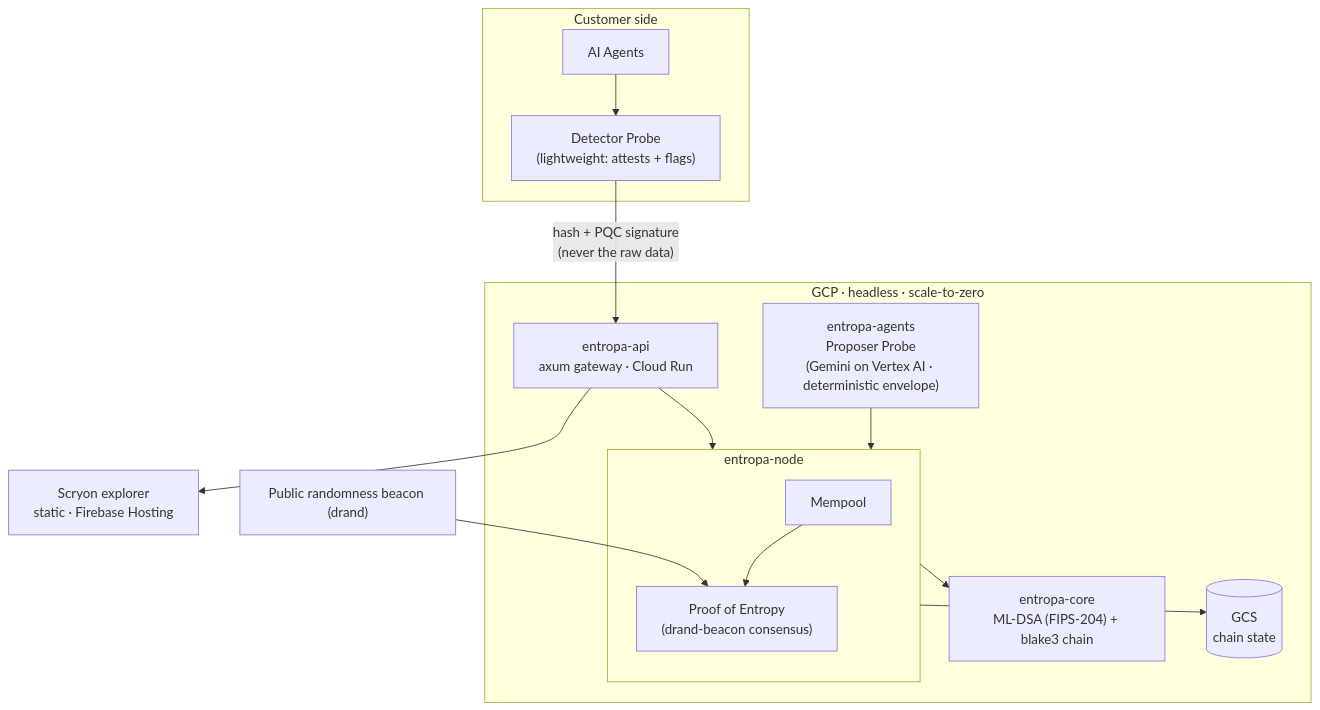
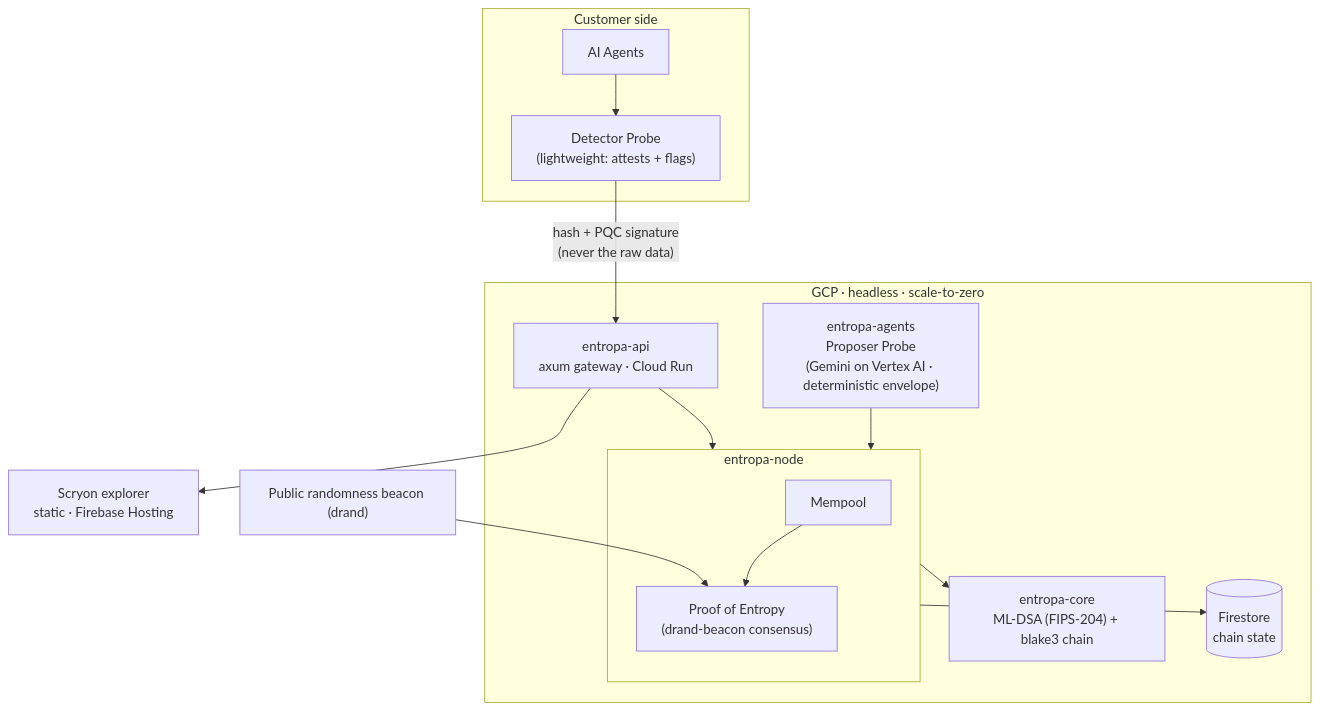
One commit to aimozart/entropa-public changed the first of 2 diagrams in ARCHITECTURE.md. Above: the diagram before and after it, drawn with Mermaid. The commit also changed other lines of this file and 3 other files, not shown here.

First line of the commit message:
Move persistence from single GCS blob to Firestore

````diff
--- a/ARCHITECTURE.md
+++ b/ARCHITECTURE.md
@@ -8,26 +8,26 @@
 ```mermaid
 flowchart TB
   subgraph Customer["Customer side"]
     Agents["AI Agents"] --> Detector["Detector Probe<br/>(lightweight: attests + flags)"]
   end
 
   Detector -->|"hash + PQC signature<br/>(never the raw data)"| API
 
   subgraph GCP["GCP · headless · scale-to-zero"]
     API["entropa-api<br/>axum gateway · Cloud Run"]
     subgraph NODE["entropa-node"]
       Mempool["Mempool"] --> PoE["Proof of Entropy<br/>(drand-beacon consensus)"]
     end
     PROBES["entropa-agents<br/>Proposer Probe<br/>(Gemini on Vertex AI · deterministic envelope)"]
     CORE["entropa-core<br/>ML-DSA (FIPS-204) + blake3 chain"]
-    STORE[("GCS<br/>chain state")]
+    STORE[("Firestore<br/>chain state")]
 
     API --> NODE
     PROBES --> NODE
     NODE --> CORE
     NODE --> STORE
   end
 
   Beacon["Public randomness beacon (drand)"] --> PoE
   API --> Scryon["Scryon explorer<br/>static · Firebase Hosting"]
 ```
````
